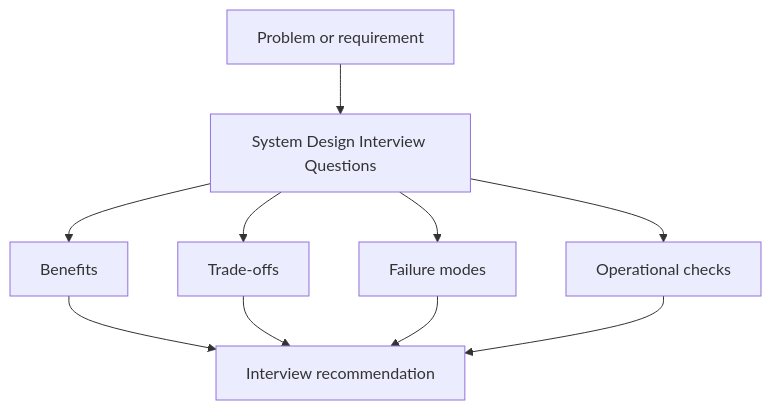
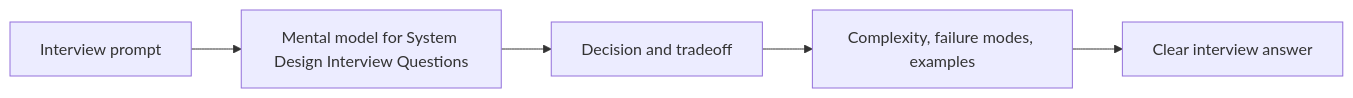
One commit to abstractinterviews/abstractinterviews.github.io changed the diagram in interview-prep/common-questions.md. Above: the diagram before and after it, drawn with Mermaid. The commit also changed other lines of this file and 278 other files, not shown here.

````diff
--- a/interview-prep/common-questions.md
+++ b/interview-prep/common-questions.md
@@ -80,12 +72,7 @@
-~~~mermaid
-flowchart TD
-    Problem["Problem or requirement"] --> Concept["System Design Interview Questions"]
-    Concept --> Benefits["Benefits"]
-    Concept --> Tradeoffs["Trade-offs"]
-    Concept --> FailureModes["Failure modes"]
-    Concept --> Operations["Operational checks"]
-    Benefits --> Decision["Interview recommendation"]
-    Tradeoffs --> Decision
-    FailureModes --> Decision
-    Operations --> Decision
-~~~
+```mermaid
+flowchart LR
+    Problem["Interview prompt"] --> Model["Mental model for System Design Interview Questions"]
+    Model --> Choice["Decision and tradeoff"]
+    Choice --> Evidence["Complexity, failure modes, examples"]
+    Evidence --> Answer["Clear interview answer"]
+```
````
